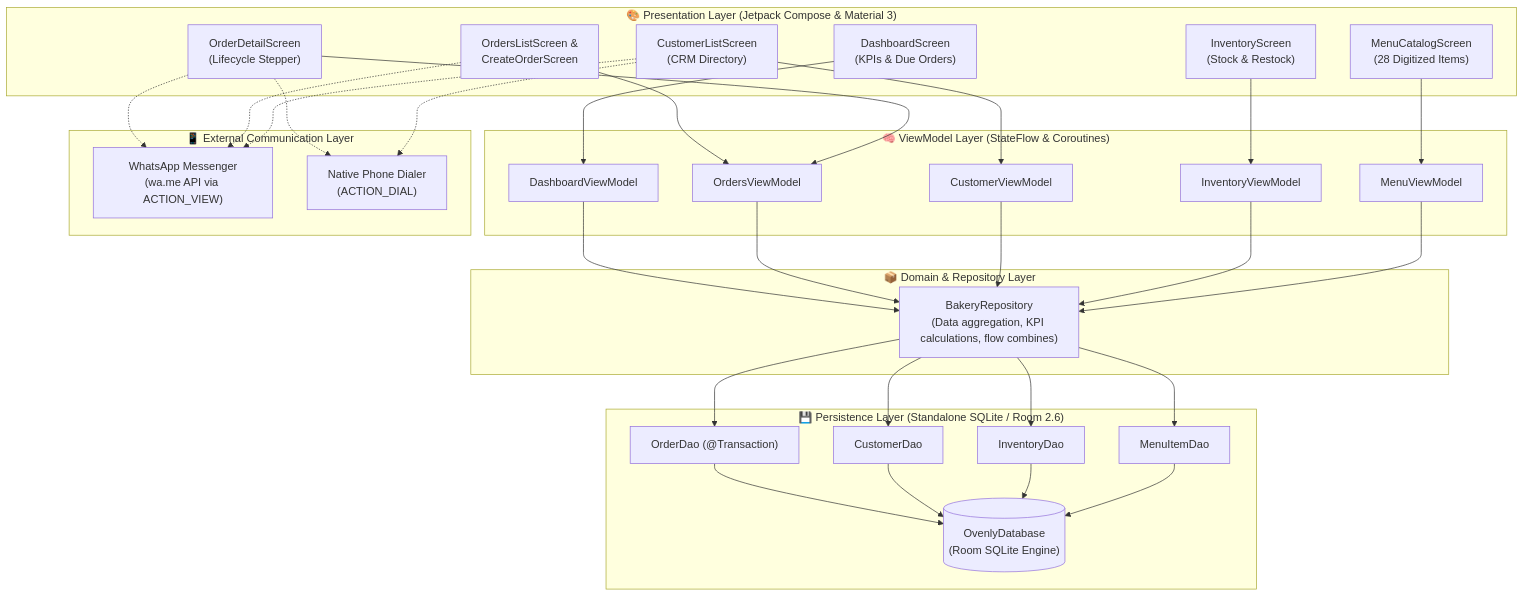
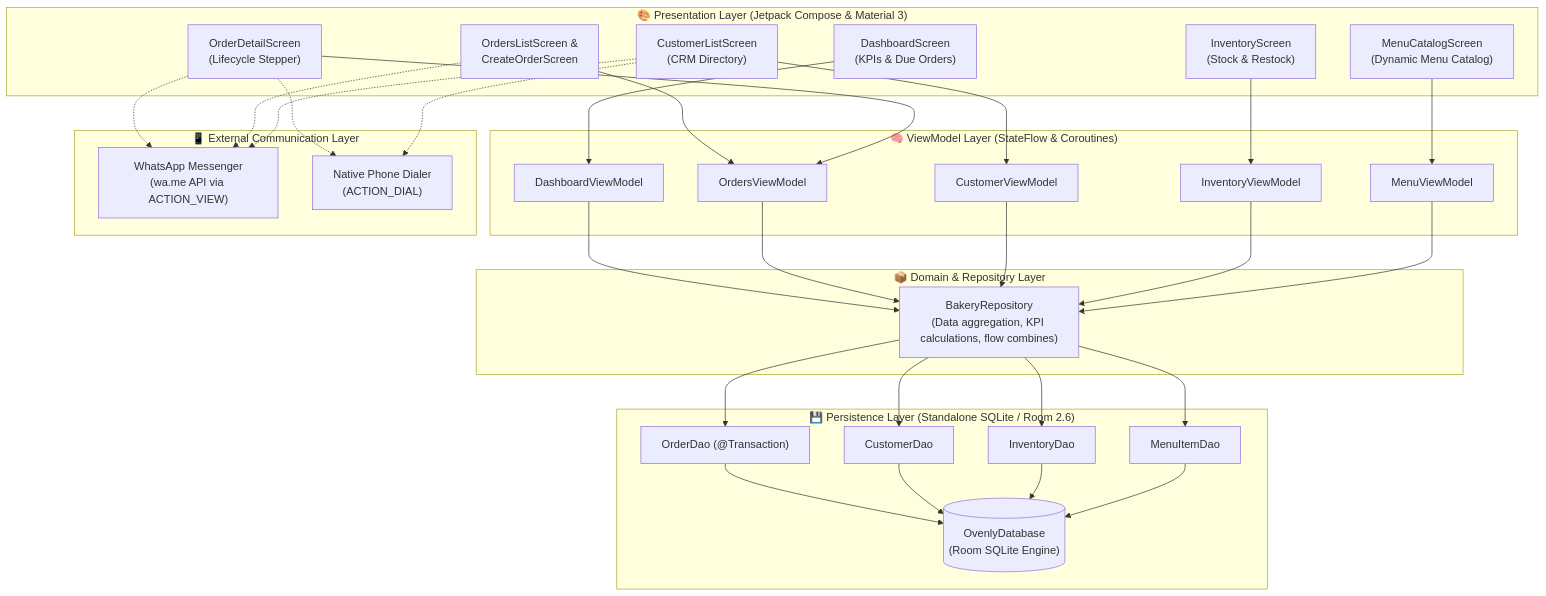
One commit to vipulverulkar/OwnelyBytes changed the first of 4 diagrams in README.md. Above: the diagram before and after it, drawn with Mermaid. The commit also changed other lines of this file, not shown here.

Commit message:
docs: remove hardcoded menu table, static counts, and local file paths

````diff
--- a/README.md
+++ b/README.md
@@ -89,65 +66,65 @@
 ```mermaid
 flowchart TD
     subgraph Presentation["🎨 Presentation Layer (Jetpack Compose & Material 3)"]
         DashboardUI["DashboardScreen\n(KPIs & Due Orders)"]
         OrdersUI["OrdersListScreen &\nCreateOrderScreen"]
         DetailUI["OrderDetailScreen\n(Lifecycle Stepper)"]
         CustomerUI["CustomerListScreen\n(CRM Directory)"]
         InventoryUI["InventoryScreen\n(Stock & Restock)"]
-        MenuUI["MenuCatalogScreen\n(28 Digitized Items)"]
+        MenuUI["MenuCatalogScreen\n(Dynamic Menu Catalog)"]
     end
 
     subgraph ViewModels["🧠 ViewModel Layer (StateFlow & Coroutines)"]
         DVM["DashboardViewModel"]
         OVM["OrdersViewModel"]
         CVM["CustomerViewModel"]
         IVM["InventoryViewModel"]
         MVM["MenuViewModel"]
     end
 
     subgraph Repository["📦 Domain & Repository Layer"]
         Repo["BakeryRepository\n(Data aggregation, KPI calculations, flow combines)"]
     end
 
     subgraph LocalStorage["💾 Persistence Layer (Standalone SQLite / Room 2.6)"]
         DB[("OvenlyDatabase\n(Room SQLite Engine)")]
         ODao["OrderDao (@Transaction)"]
         CDao["CustomerDao"]
         IDao["InventoryDao"]
         MDao["MenuItemDao"]
     end
 
     subgraph SystemIntents["📱 External Communication Layer"]
         WA["WhatsApp Messenger\n(wa.me API via ACTION_VIEW)"]
         Dialer["Native Phone Dialer\n(ACTION_DIAL)"]
     end
 
     DashboardUI --> DVM
     OrdersUI --> OVM
     DetailUI --> OVM
     CustomerUI --> CVM
     InventoryUI --> IVM
     MenuUI --> MVM
 
     DVM --> Repo
     OVM --> Repo
     CVM --> Repo
     IVM --> Repo
     MVM --> Repo
 
     Repo --> ODao
     Repo --> CDao
     Repo --> IDao
     Repo --> MDao
 
     ODao --> DB
     CDao --> DB
     IDao --> DB
     MDao --> DB
 
     DetailUI -.-> WA
     OrdersUI -.-> WA
     CustomerUI -.-> WA
     DetailUI -.-> Dialer
     CustomerUI -.-> Dialer
 ```
````
